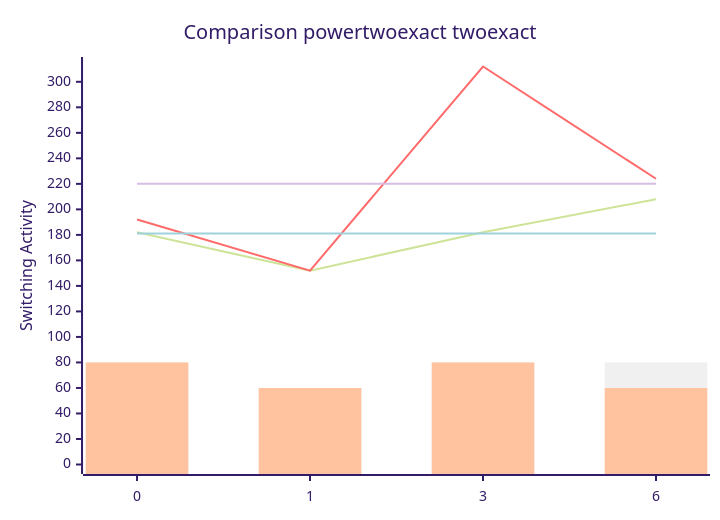
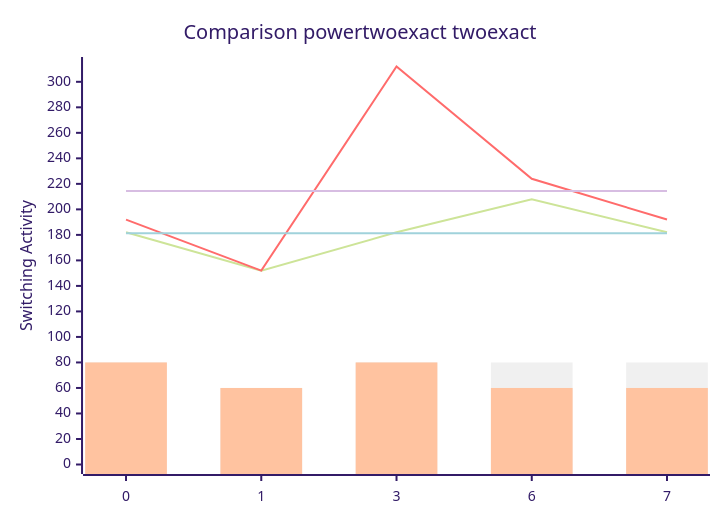
One commit to FeldmeierMichael/Exact-Power-Synthesis changed the diagram in benchmark_opt.md. Above: the diagram before and after it, drawn with Mermaid (forest theme). The commit also changed other lines of this file, not shown here.

````diff
--- a/benchmark_opt.md
+++ b/benchmark_opt.md
@@ -13,12 +15,12 @@
 ```mermaid
 xychart-beta
     title "Comparison powertwoexact twoexact"
-    x-axis [0, 1, 3, 6]
+    x-axis [0, 1, 3, 6, 7]
     y-axis "Switching Activity" 0-->312
-    line [182, 152, 182, 208]
-    line [192, 152, 312, 224]
-    line [181.0, 181.0, 181.0, 181.0]
-    line [220.0, 220.0, 220.0, 220.0]
-    bar [80, 60, 80, 80]
-    bar [80, 60, 80, 60]
+    line [182, 152, 182, 208, 182]
+    line [192, 152, 312, 224, 192]
+    line [181.2, 181.2, 181.2, 181.2, 181.2]
+    line [214.4, 214.4, 214.4, 214.4, 214.4]
+    bar [80, 60, 80, 80, 80]
+    bar [80, 60, 80, 60, 60]
 ```
````
